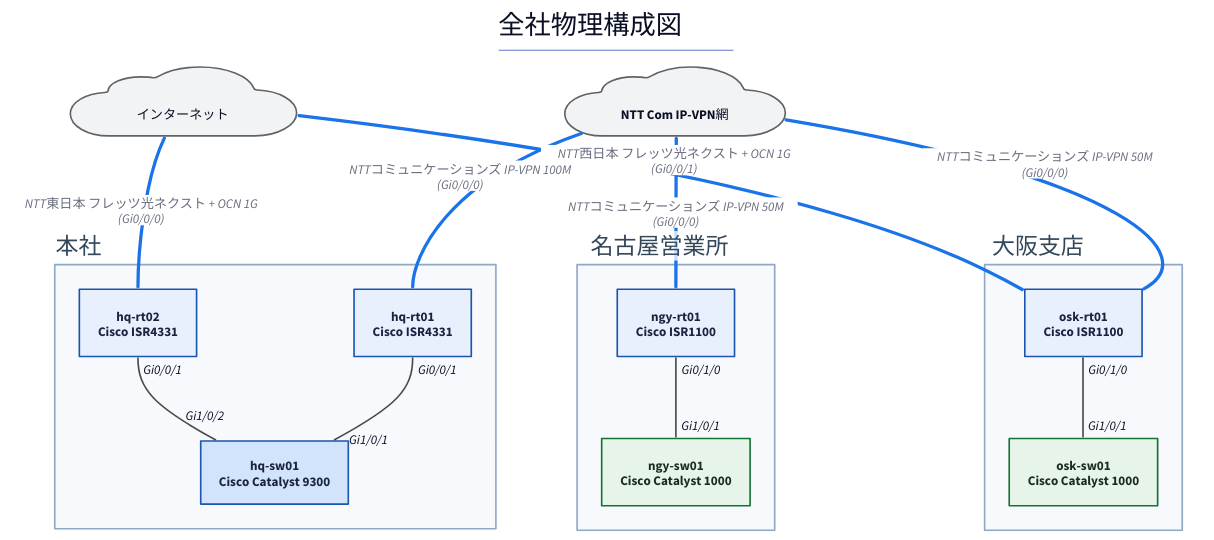
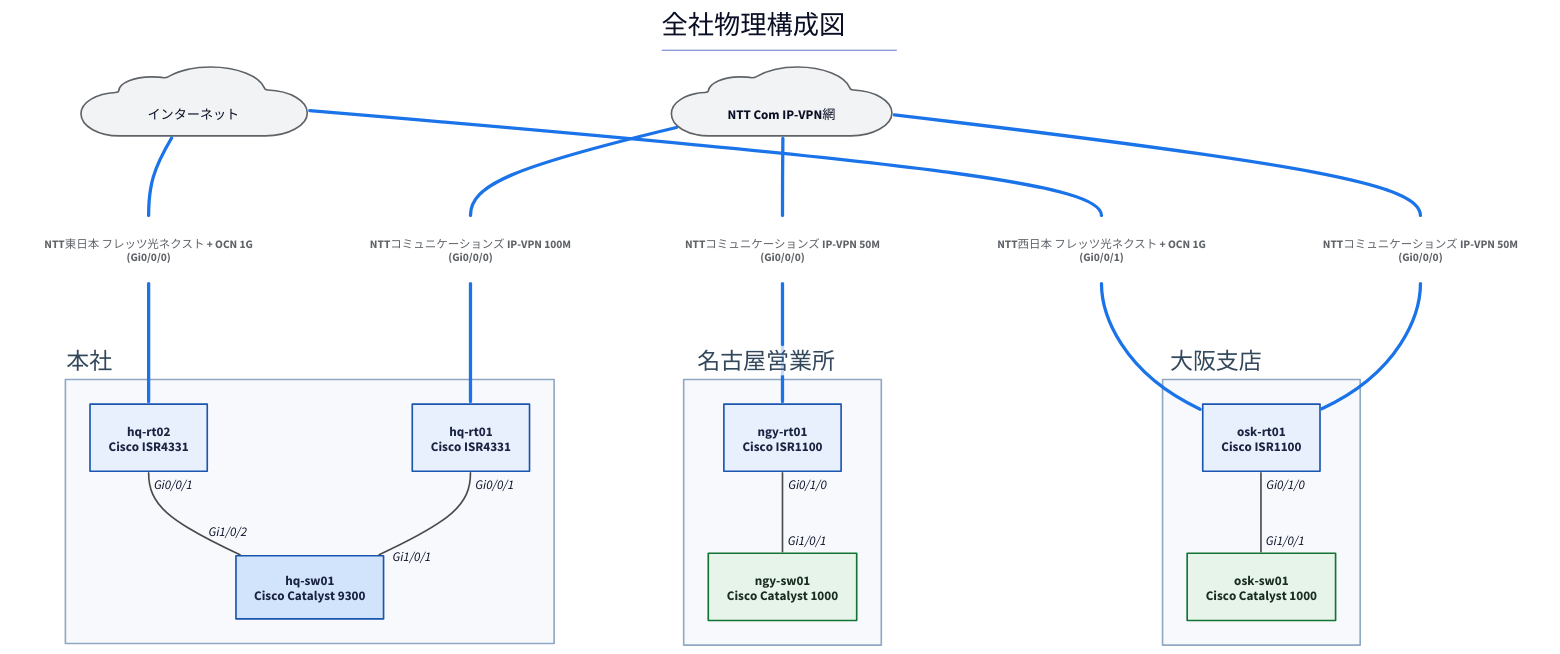
The diagram in examples/sample-corp/generated/physical-all.d2 (thinas1115/nwdsl), drawn with D2 before and after one commit. The commit also changed 25 other files, not shown here.

```diff
--- a/examples/sample-corp/generated/physical-all.d2
+++ b/examples/sample-corp/generated/physical-all.d2
@@ -1,55 +1,66 @@
 title: |md
   # 全社物理構成図
 | {near: top-center}
 direction: down
 
 classes: {
   role-router: {style.fill: "#e8f0fe"; style.stroke: "#1a56b0"; style.font-color: "#1a2340"}
   role-l3switch: {style.fill: "#d2e3fc"; style.stroke: "#1a56b0"; style.font-color: "#1a2340"}
   role-l2switch: {style.fill: "#e6f4ea"; style.stroke: "#137333"; style.font-color: "#1a2e1f"}
   role-firewall: {style.fill: "#fce8e6"; style.stroke: "#c5221f"; style.font-color: "#3c1a19"}
   role-other: {style.fill: "#f1f3f4"; style.stroke: "#5f6368"; style.font-color: "#202124"}
   node-cloud: {shape: cloud; style.fill: "#f1f3f4"; style.stroke: "#5f6368"}
   node-site: {style.fill: "#fff8e1"; style.stroke: "#b58105"; style.font-color: "#4a3a08"}
   node-external: {style.fill: "#ffffff"; style.stroke: "#9aa0a6"; style.stroke-dash: 3}
   group-site: {style.fill: "#f7f9fc"; style.stroke: "#8fa8c4"; style.font-color: "#33475b"}
+  edge-label: {style.fill: "transparent"; style.stroke: "transparent"; style.font-size: 14; style.font-color: "#5f6368"; style.italic: true}
   edge-lan-cable: {style.stroke: "#4a4a4a"; style.stroke-width: 2}
   edge-wan-circuit: {style.stroke: "#1a73e8"; style.stroke-width: 4}
   edge-tunnel: {style.stroke: "#7b1fa2"; style.stroke-width: 2; style.stroke-dash: 5}
   edge-logical: {style.stroke: "#188038"; style.stroke-width: 2; style.stroke-dash: 3}
 }
 
 s_hq: "本社" {
   class: group-site
   label.near: outside-top-left
   n_hq_rt01: "hq-rt01\nCisco ISR4331" {class: role-router}
   n_hq_sw01: "hq-sw01\nCisco Catalyst 9300" {class: role-l3switch; width: 180}
   n_hq_rt02: "hq-rt02\nCisco ISR4331" {class: role-router}
 }
 
 s_osk: "大阪支店" {
   class: group-site
   label.near: outside-top-left
   n_osk_rt01: "osk-rt01\nCisco ISR1100" {class: role-router}
   n_osk_sw01: "osk-sw01\nCisco Catalyst 1000" {class: role-l2switch}
 }
 
 s_ngy: "名古屋営業所" {
   class: group-site
   label.near: outside-top-left
   n_ngy_rt01: "ngy-rt01\nCisco ISR1100" {class: role-router}
   n_ngy_sw01: "ngy-sw01\nCisco Catalyst 1000" {class: role-l2switch}
 }
 
 n_ipvpn: "　NTT Com IP-VPN網　" {class: node-cloud}
 n_internet: "　インターネット　" {class: node-cloud}
 
 s_hq.n_hq_rt01 -- s_hq.n_hq_sw01 {class: edge-lan-cable; source-arrowhead.label: "Gi0/0/1"; target-arrowhead.label: "Gi1/0/1"}
 s_hq.n_hq_rt02 -- s_hq.n_hq_sw01 {class: edge-lan-cable; source-arrowhead.label: "Gi0/0/1"; target-arrowhead.label: "Gi1/0/2"}
 s_osk.n_osk_rt01 -- s_osk.n_osk_sw01 {class: edge-lan-cable; source-arrowhead.label: "Gi0/1/0"; target-arrowhead.label: "Gi1/0/1"}
 s_ngy.n_ngy_rt01 -- s_ngy.n_ngy_sw01 {class: edge-lan-cable; source-arrowhead.label: "Gi0/1/0"; target-arrowhead.label: "Gi1/0/1"}
-n_ipvpn -- s_hq.n_hq_rt01: "NTTコミュニケーションズ IP-VPN 100M\n(Gi0/0/0)" {class: edge-wan-circuit}
-n_ipvpn -- s_osk.n_osk_rt01: "NTTコミュニケーションズ IP-VPN 50M\n(Gi0/0/0)" {class: edge-wan-circuit}
-n_ipvpn -- s_ngy.n_ngy_rt01: "NTTコミュニケーションズ IP-VPN 50M\n(Gi0/0/0)" {class: edge-wan-circuit}
-n_internet -- s_hq.n_hq_rt02: "NTT東日本 フレッツ光ネクスト + OCN 1G\n(Gi0/0/0)" {class: edge-wan-circuit}
-n_internet -- s_osk.n_osk_rt01: "NTT西日本 フレッツ光ネクスト + OCN 1G\n(Gi0/0/1)" {class: edge-wan-circuit}
+lbl_4: "NTTコミュニケーションズ IP-VPN 100M\n(Gi0/0/0)" {class: edge-label}
+n_ipvpn -- lbl_4 {class: edge-wan-circuit}
+lbl_4 -- s_hq.n_hq_rt01 {class: edge-wan-circuit}
+lbl_5: "NTTコミュニケーションズ IP-VPN 50M\n(Gi0/0/0)" {class: edge-label}
+n_ipvpn -- lbl_5 {class: edge-wan-circuit}
+lbl_5 -- s_osk.n_osk_rt01 {class: edge-wan-circuit}
+lbl_6: "NTTコミュニケーションズ IP-VPN 50M\n(Gi0/0/0)" {class: edge-label}
+n_ipvpn -- lbl_6 {class: edge-wan-circuit}
+lbl_6 -- s_ngy.n_ngy_rt01 {class: edge-wan-circuit}
+lbl_7: "NTT東日本 フレッツ光ネクスト + OCN 1G\n(Gi0/0/0)" {class: edge-label}
+n_internet -- lbl_7 {class: edge-wan-circuit}
+lbl_7 -- s_hq.n_hq_rt02 {class: edge-wan-circuit}
+lbl_8: "NTT西日本 フレッツ光ネクスト + OCN 1G\n(Gi0/0/1)" {class: edge-label}
+n_internet -- lbl_8 {class: edge-wan-circuit}
+lbl_8 -- s_osk.n_osk_rt01 {class: edge-wan-circuit}
```
